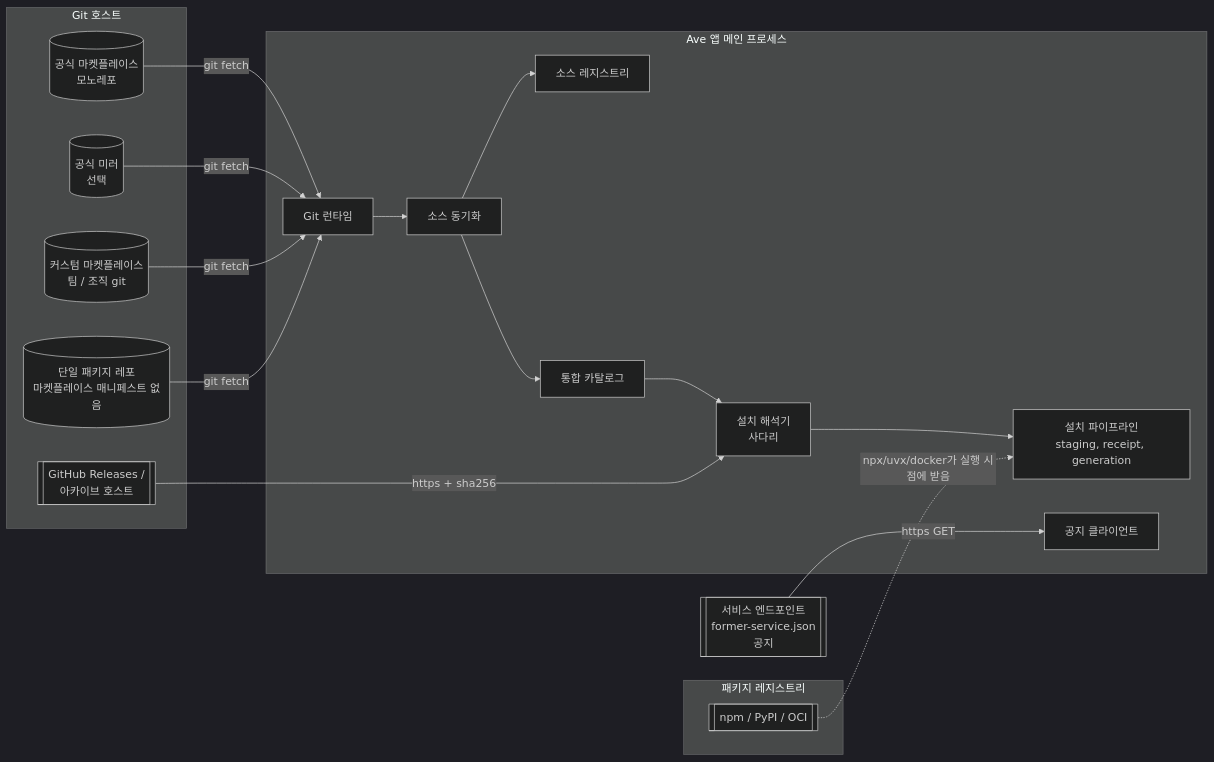
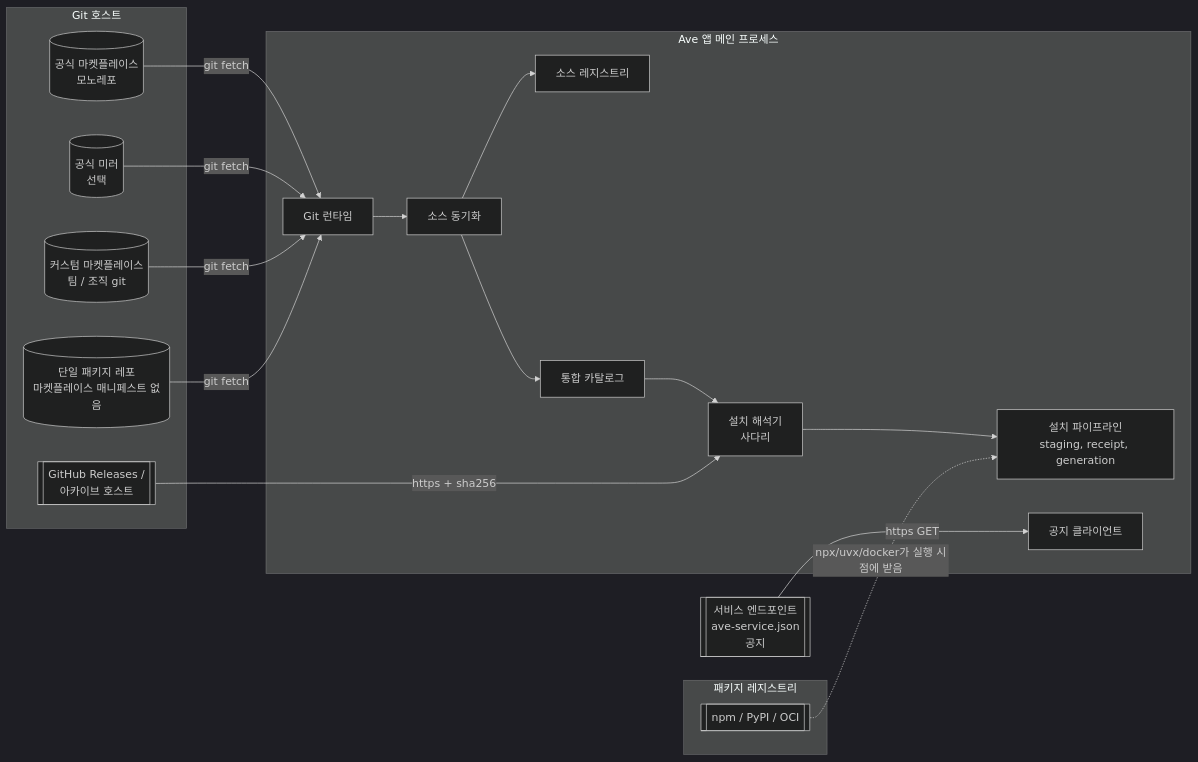
The first of 2 diagrams in docs/ko/architecture/proposals/multi-source-git-marketplace.md (ken-jo/ave), drawn with Mermaid (dark theme) before and after one commit. The commit also changed other lines of this file and 35 other files, not shown here.

````diff
--- a/docs/ko/architecture/proposals/multi-source-git-marketplace.md
+++ b/docs/ko/architecture/proposals/multi-source-git-marketplace.md
@@ -62,36 +62,36 @@
 ```mermaid
 flowchart LR
   subgraph Git 호스트
     OFF[(공식 마켓플레이스<br/>모노레포)]
     MIR[(공식 미러<br/>선택)]
     TEAM[(커스텀 마켓플레이스<br/>팀 / 조직 git)]
     PKG[(단일 패키지 레포<br/>마켓플레이스 매니페스트 없음)]
     REL[[GitHub Releases /<br/>아카이브 호스트]]
   end
   subgraph 패키지 레지스트리
     NPM[[npm / PyPI / OCI]]
   end
-  SVC[[서비스 엔드포인트<br/>former-service.json<br/>공지]]
+  SVC[[서비스 엔드포인트<br/>ave-service.json<br/>공지]]
 
   subgraph Ave 앱 메인 프로세스
     GR[Git 런타임]
     SR[소스 레지스트리]
     SY[소스 동기화]
     CAT[통합 카탈로그]
     RES[설치 해석기<br/>사다리]
     INS[설치 파이프라인<br/>staging, receipt, generation]
     ANN[공지 클라이언트]
   end
 
   OFF -- git fetch --> GR
   MIR -- git fetch --> GR
   TEAM -- git fetch --> GR
   PKG -- git fetch --> GR
   GR --> SY --> SR
   SY --> CAT
   CAT --> RES
   REL -- https + sha256 --> RES
   RES --> INS
   NPM -. npx/uvx/docker가 실행 시점에 받음 .-> INS
   SVC -- https GET --> ANN
 ```
````
